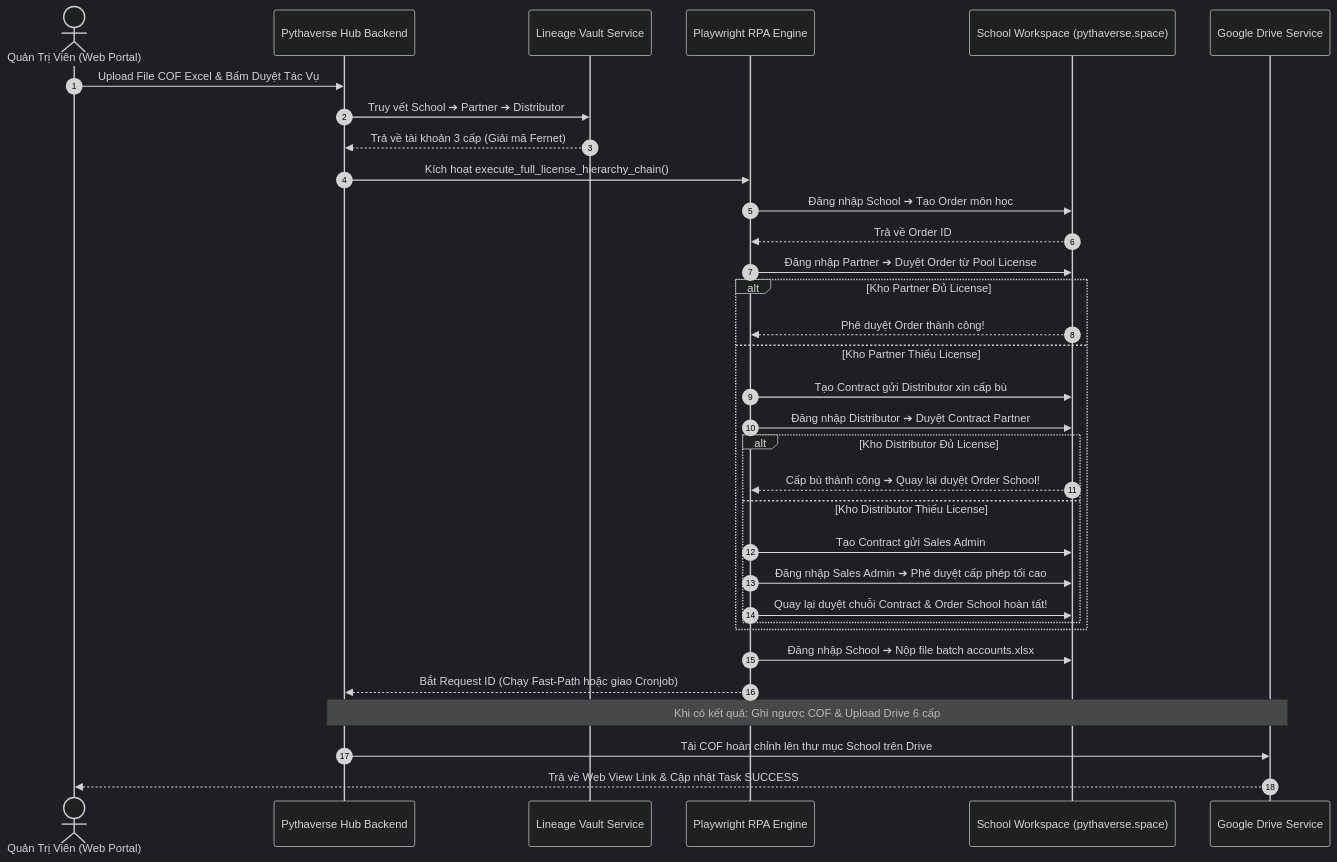
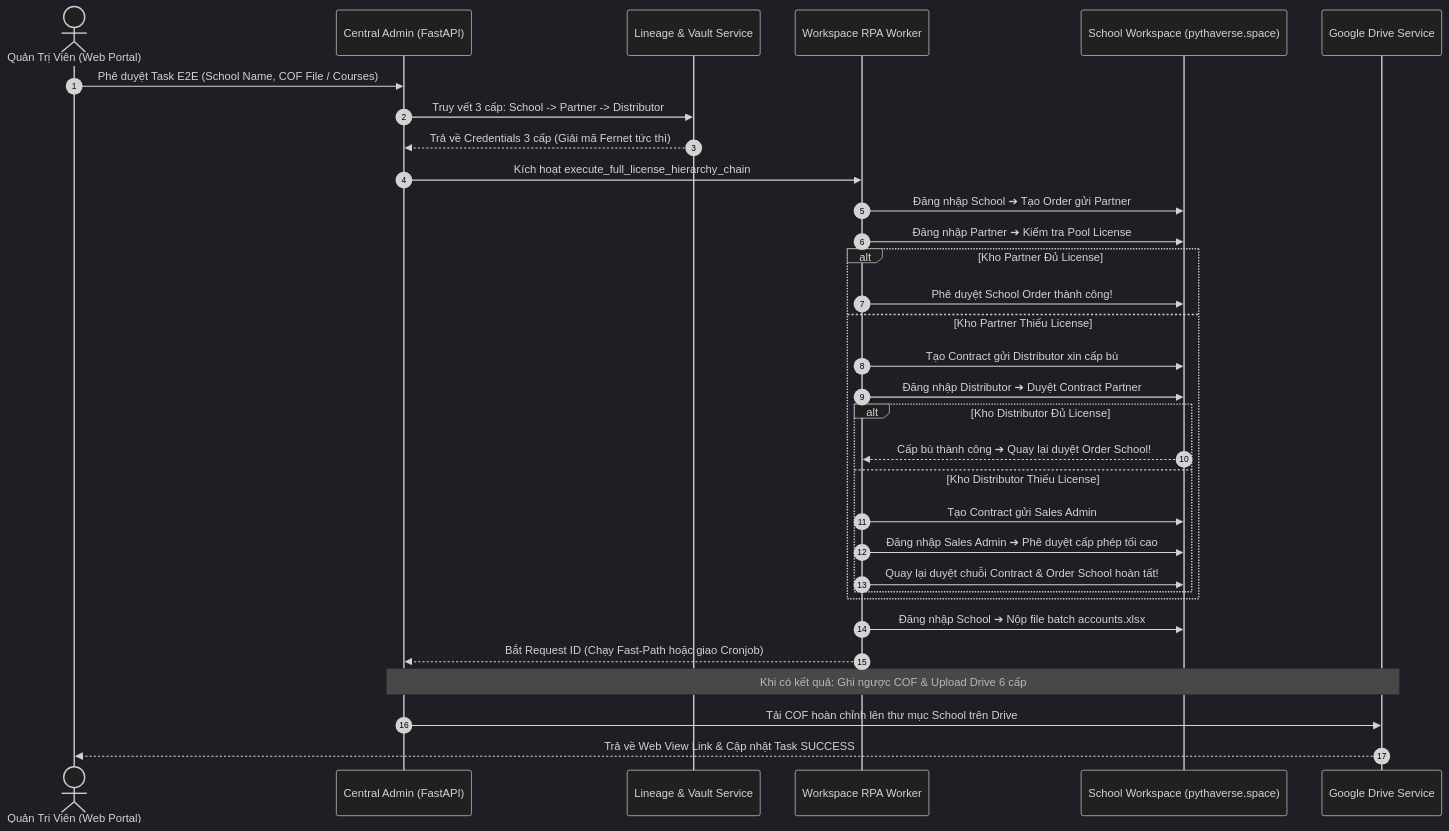
Before and after one commit to hungnm-1225/ptv-tasks-administrator: the second of 10 diagrams in README.md, drawn with Mermaid (dark theme). The commit also changed other lines of this file, not shown here.

````diff
--- a/README.md
+++ b/README.md
@@ -680,36 +595,35 @@
 ```mermaid
 sequenceDiagram
     autonumber
     actor Admin as Quản Trị Viên (Web Portal)
-    participant Hub as Pythaverse Hub Backend
-    participant Lineage as Lineage Vault Service
-    participant RPA as Playwright RPA Engine
+    participant Hub as Central Admin (FastAPI)
+    participant Lineage as Lineage & Vault Service
+    participant RPA as Workspace RPA Worker
     participant WS as School Workspace (pythaverse.space)
     participant Drive as Google Drive Service
 
-    Admin->>Hub: Upload File COF Excel & Bấm Duyệt Tác Vụ
-    Hub->>Lineage: Truy vết School ➔ Partner ➔ Distributor
-    Lineage-->>Hub: Trả về tài khoản 3 cấp (Giải mã Fernet)
-    Hub->>RPA: Kích hoạt execute_full_license_hierarchy_chain()
-    RPA->>WS: Đăng nhập School ➔ Tạo Order môn học
-    WS-->>RPA: Trả về Order ID
-    RPA->>WS: Đăng nhập Partner ➔ Duyệt Order từ Pool License
+    Admin->>Hub: Phê duyệt Task E2E (School Name, COF File / Courses)
+    Hub->>Lineage: Truy vết 3 cấp: School -> Partner -> Distributor
+    Lineage-->>Hub: Trả về Credentials 3 cấp (Giải mã Fernet tức thì)
+    Hub->>RPA: Kích hoạt execute_full_license_hierarchy_chain
+    RPA->>WS: Đăng nhập School ➔ Tạo Order gửi Partner
+    RPA->>WS: Đăng nhập Partner ➔ Kiểm tra Pool License
     alt Kho Partner Đủ License
-        WS-->>RPA: Phê duyệt Order thành công!
+        RPA->>WS: Phê duyệt School Order thành công!
     else Kho Partner Thiếu License
         RPA->>WS: Tạo Contract gửi Distributor xin cấp bù
         RPA->>WS: Đăng nhập Distributor ➔ Duyệt Contract Partner
         alt Kho Distributor Đủ License
             WS-->>RPA: Cấp bù thành công ➔ Quay lại duyệt Order School!
         else Kho Distributor Thiếu License
             RPA->>WS: Tạo Contract gửi Sales Admin
             RPA->>WS: Đăng nhập Sales Admin ➔ Phê duyệt cấp phép tối cao
             RPA->>WS: Quay lại duyệt chuỗi Contract & Order School hoàn tất!
         end
     end
     RPA->>WS: Đăng nhập School ➔ Nộp file batch accounts.xlsx
     RPA-->>Hub: Bắt Request ID (Chạy Fast-Path hoặc giao Cronjob)
     Note over Hub,Drive: Khi có kết quả: Ghi ngược COF & Upload Drive 6 cấp
     Hub->>Drive: Tải COF hoàn chỉnh lên thư mục School trên Drive
     Drive-->>Admin: Trả về Web View Link & Cập nhật Task SUCCESS
 ```
````
